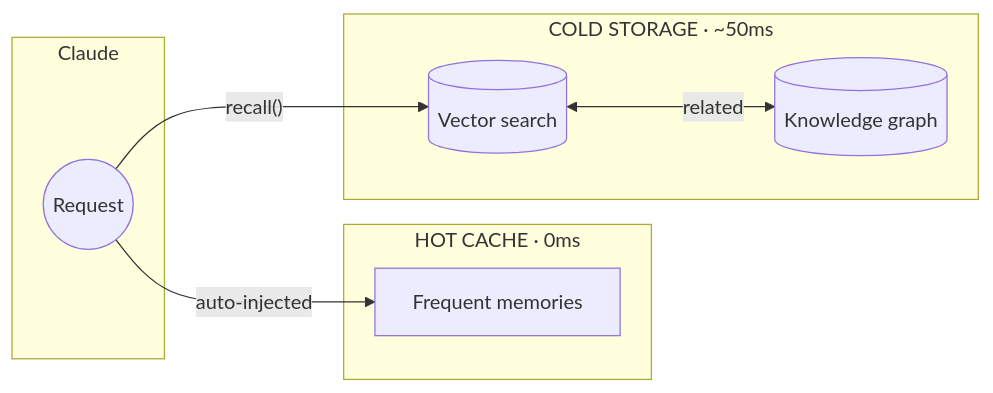
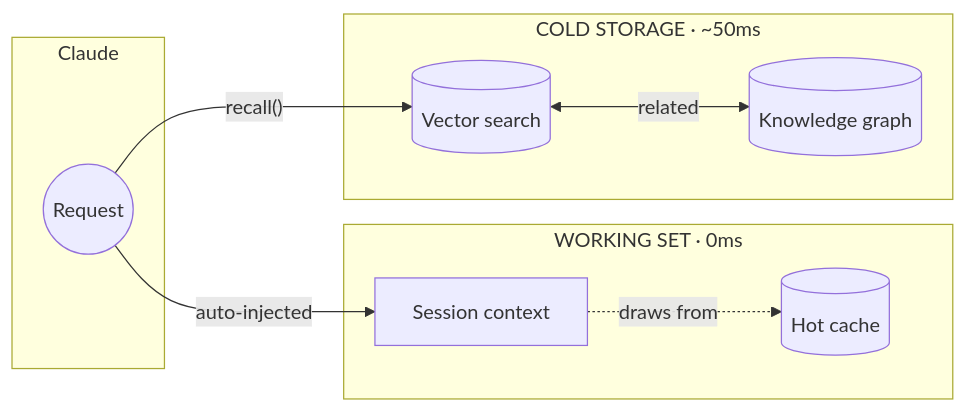
The diagram in README.md (michael-denyer/memory-mcp), drawn with Mermaid before and after one commit. The commit also changed other lines of this file and 8 other files, not shown here.

First line of the commit message:
feat: make working-set the primary context injection (v0.7.0)

````diff
--- a/README.md
+++ b/README.md
@@ -85,19 +85,21 @@
 ```mermaid
 flowchart LR
     subgraph LLM["Claude"]
         REQ((Request))
     end
 
-    subgraph Hot["HOT CACHE · 0ms"]
-        HC[Frequent memories]
+    subgraph Hot["WORKING SET · 0ms"]
+        WS[Session context]
+        HC[(Hot cache)]
     end
 
     subgraph Cold["COLD STORAGE · ~50ms"]
         VS[(Vector search)]
         KG[(Knowledge graph)]
     end
 
-    REQ -->|"auto-injected"| HC
+    REQ -->|"auto-injected"| WS
+    WS -.->|"draws from"| HC
     REQ -->|"recall()"| VS
     VS <-->|"related"| KG
 ```
````
